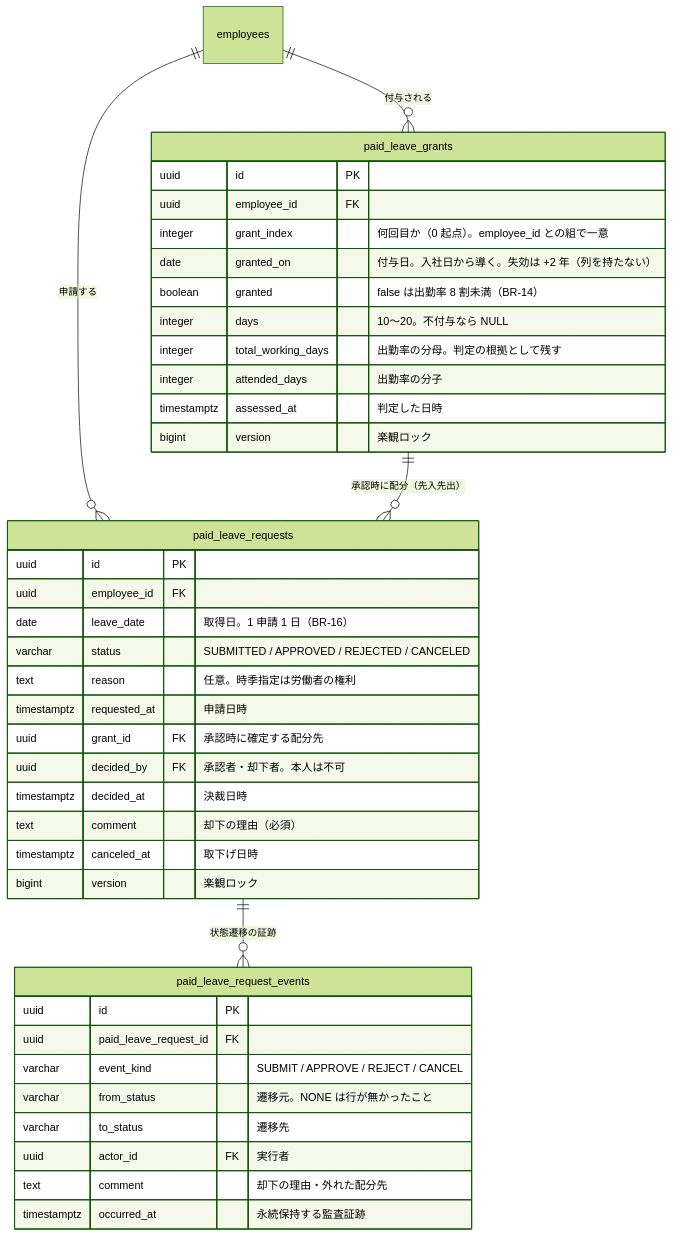
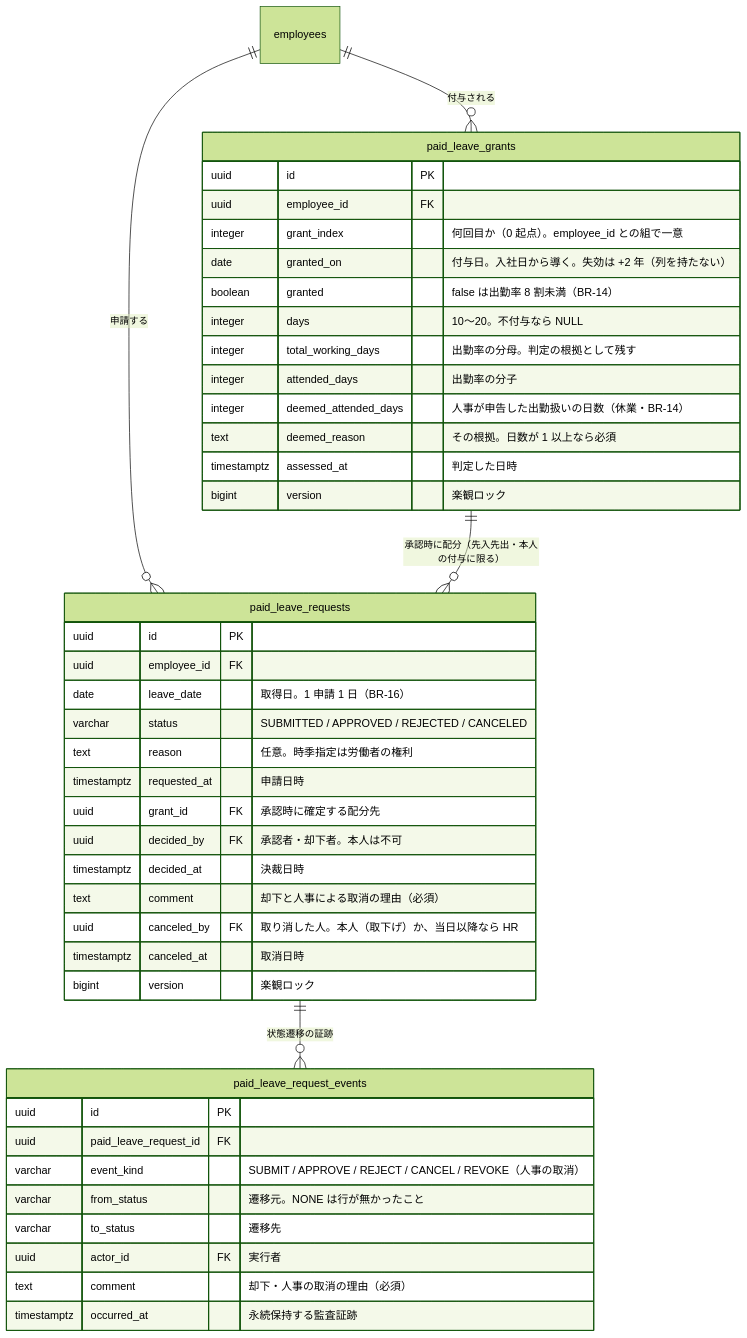
One commit to masaki-i02/newJavaProject changed the diagram in doc/02_詳細設計/06_年次有給休暇/diagrams/ER図.mmd. Above: the diagram before and after it, drawn with Mermaid (forest theme). The commit also changed 18 other files, not shown here.

```diff
--- a/doc/02_詳細設計/06_年次有給休暇/diagrams/ER図.mmd
+++ b/doc/02_詳細設計/06_年次有給休暇/diagrams/ER図.mmd
@@ -1,42 +1,45 @@
 erDiagram
     employees ||--o{ paid_leave_grants : "付与される"
     employees ||--o{ paid_leave_requests : "申請する"
-    paid_leave_grants ||--o{ paid_leave_requests : "承認時に配分（先入先出）"
+    paid_leave_grants ||--o{ paid_leave_requests : "承認時に配分（先入先出・本人の付与に限る）"
     paid_leave_requests ||--o{ paid_leave_request_events : "状態遷移の証跡"
 
     paid_leave_grants {
         uuid id PK
         uuid employee_id FK
         integer grant_index "何回目か（0 起点）。employee_id との組で一意"
         date granted_on "付与日。入社日から導く。失効は +2 年（列を持たない）"
         boolean granted "false は出勤率 8 割未満（BR-14）"
         integer days "10〜20。不付与なら NULL"
         integer total_working_days "出勤率の分母。判定の根拠として残す"
         integer attended_days "出勤率の分子"
+        integer deemed_attended_days "人事が申告した出勤扱いの日数（休業・BR-14）"
+        text deemed_reason "その根拠。日数が 1 以上なら必須"
         timestamptz assessed_at "判定した日時"
         bigint version "楽観ロック"
     }
     paid_leave_requests {
         uuid id PK
         uuid employee_id FK
         date leave_date "取得日。1 申請 1 日（BR-16）"
         varchar status "SUBMITTED / APPROVED / REJECTED / CANCELED"
         text reason "任意。時季指定は労働者の権利"
         timestamptz requested_at "申請日時"
         uuid grant_id FK "承認時に確定する配分先"
         uuid decided_by FK "承認者・却下者。本人は不可"
         timestamptz decided_at "決裁日時"
-        text comment "却下の理由（必須）"
-        timestamptz canceled_at "取下げ日時"
+        text comment "却下と人事による取消の理由（必須）"
+        uuid canceled_by FK "取り消した人。本人（取下げ）か、当日以降なら HR"
+        timestamptz canceled_at "取消日時"
         bigint version "楽観ロック"
     }
     paid_leave_request_events {
         uuid id PK
         uuid paid_leave_request_id FK
-        varchar event_kind "SUBMIT / APPROVE / REJECT / CANCEL"
+        varchar event_kind "SUBMIT / APPROVE / REJECT / CANCEL / REVOKE（人事の取消）"
         varchar from_status "遷移元。NONE は行が無かったこと"
         varchar to_status "遷移先"
         uuid actor_id FK "実行者"
-        text comment "却下の理由・外れた配分先"
+        text comment "却下・人事の取消の理由（必須）"
         timestamptz occurred_at "永続保持する監査証跡"
     }
```
